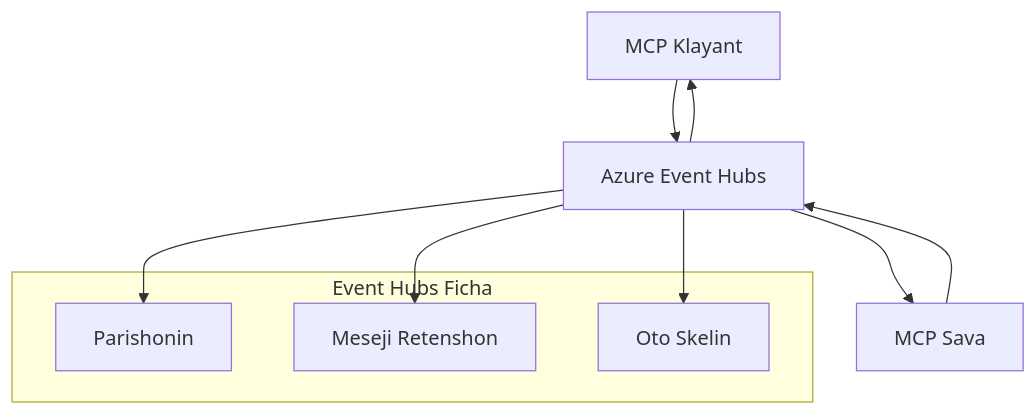
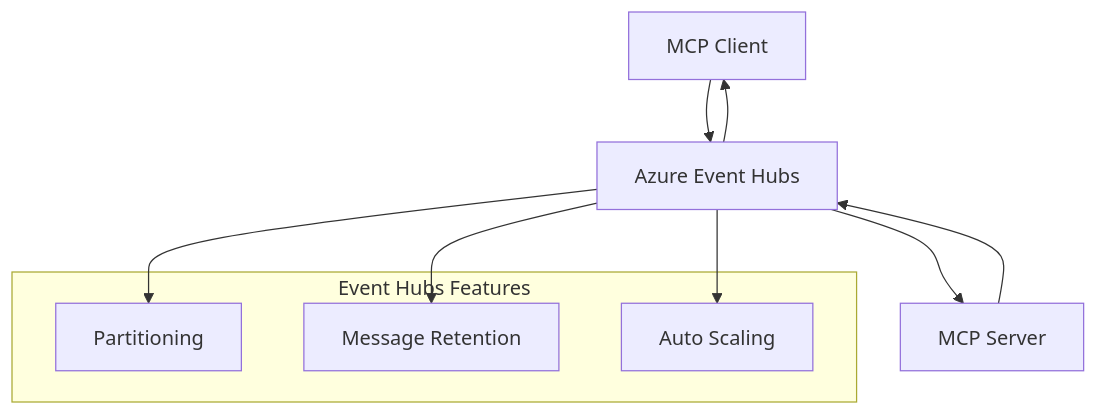
The second of 2 diagrams in mcp_ecosystem__model_context_protocol/mcp_learning_resources/mcp-for-beginners/translations/pcm/05-AdvancedTopics/mcp-transport/README.md (HIDORAKAI002/ai-workspace-archive), drawn with Mermaid before and after one commit. The commit also changed other lines of this file and 1046 other files, not shown here.

````diff
--- a/mcp_ecosystem__model_context_protocol/mcp_learning_resources/mcp-for-beginners/translations/pcm/05-AdvancedTopics/mcp-transport/README.md
+++ b/mcp_ecosystem__model_context_protocol/mcp_learning_resources/mcp-for-beginners/translations/pcm/05-AdvancedTopics/mcp-transport/README.md
@@ -270,17 +272,17 @@
 ```mermaid
 graph TB
-    Client[MCP Klayant] --> EH[Azure Event Hubs]
-    EH --> Server[MCP Sava]
+    Client[MCP Client] --> EH[Azure Event Hubs]
+    EH --> Server[MCP Server]
     Server --> EH
     EH --> Client
     
-    subgraph "Event Hubs Ficha"
-        Partition[Parishonin]
-        Retention[Meseji Retenshon]
-        Scaling[Oto Skelin]
+    subgraph "Event Hubs Features"
+        Partition[Partitioning]
+        Retention[Message Retention]
+        Scaling[Auto Scaling]
     end
     
     EH --> Partition
     EH --> Retention
     EH --> Scaling
 ```
````
